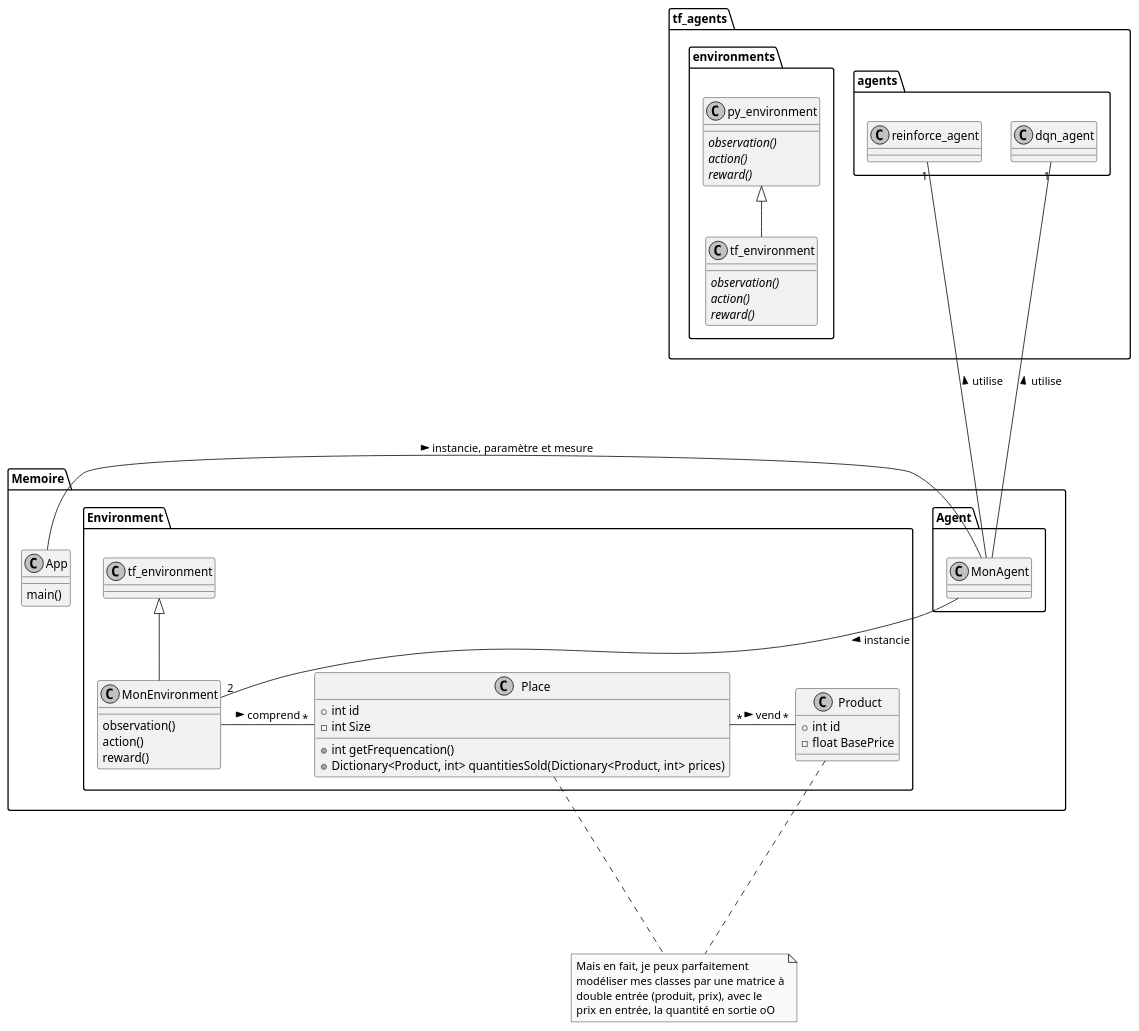
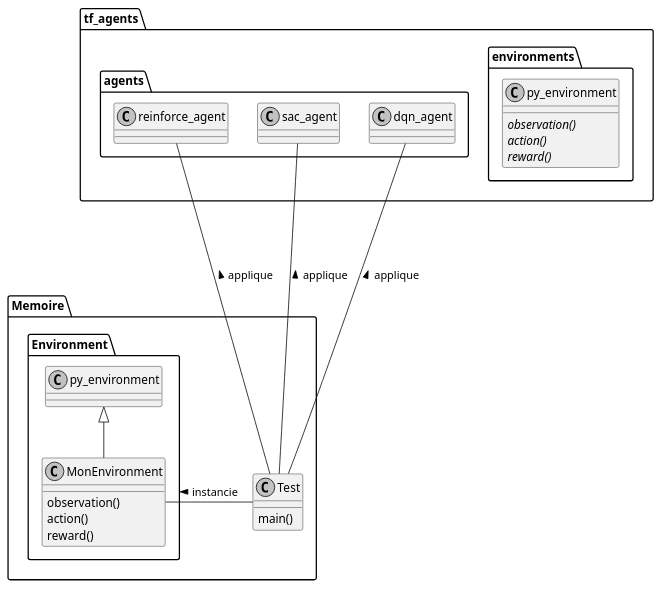
The diagram in images/diag_class.md (OdelinT/Memoire), drawn with PlantUML before and after one commit. The commit also changed 4 other files, not shown here.

Commit message:
Update class diagram && detailed redaction

```diff
--- a/images/diag_class.md
+++ b/images/diag_class.md
@@ -1,66 +1,39 @@
 ~~~plantuml
 @startuml
 skinparam monochrome true
 skinparam shadowing false
 
 package tf_agents{
     package environments{
         class py_environment{
             {abstract} observation()
             {abstract} action()
             {abstract} reward()
         }
-        class tf_environment extends py_environment{
-            {abstract} observation()
-            {abstract} action()
-            {abstract} reward()
-        }
     }
     package agents{
         class dqn_agent{}
         class reinforce_agent{}
+        class sac_agent{}
     }
 }
 package Memoire{
-    class App{
+    class Test{
         main()
     }
-    package Agent{
-            class MonAgent {}
-    }
     package Environment{
-        class MonEnvironment extends tf_environment{
+        class MonEnvironment extends py_environment{
             observation()
             action()
             reward()
         }
-        class Place {
-            + int id
-            - int Size
-            + int getFrequencation()
-            + Dictionary<Product, int> quantitiesSold(Dictionary<Product, int> prices)
-        }
-        class Product {
-            + int id
-            - float BasePrice
-        }
     }
 }
 
-note "Mais en fait, je peux parfaitement\nmodéliser mes classes par une matrice à\ndouble entrée (produit, prix), avec le\nprix en entrée, la quantité en sortie oO" as Remarque
-
-Remarque ..up.. Place
-Remarque ..up.. Product
-
-Place "*" - "*" Product: vend >
-MonEnvironment - "*" Place: comprend >
-
-MonAgent -down- "2" MonEnvironment: instancie >
-
-MonAgent --up-- "1" dqn_agent: utilise >
-MonAgent --up-- "1" reinforce_agent: utilise > 
-
-App -left- MonAgent: instancie, paramètre et mesure >
+Test -left- MonEnvironment: instancie >
+Test --up-- dqn_agent: applique >
+Test --up-- sac_agent: applique >
+Test --up-- reinforce_agent: applique >
 
 @enduml
 ~~~
```
